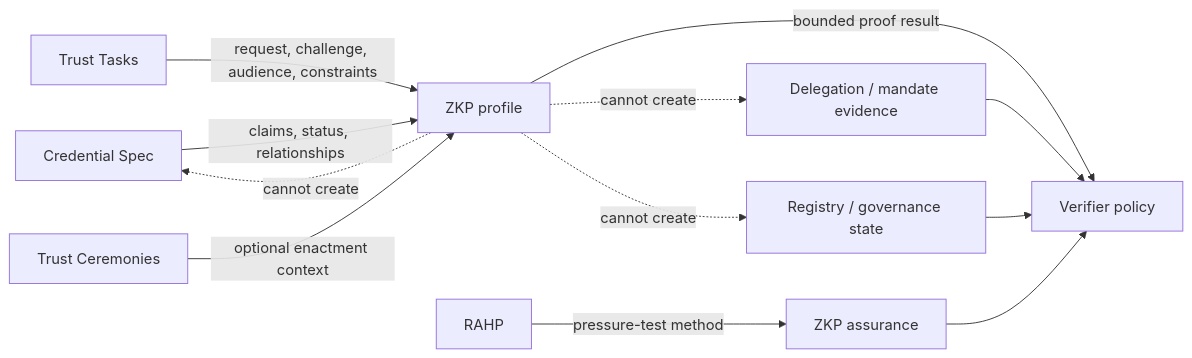
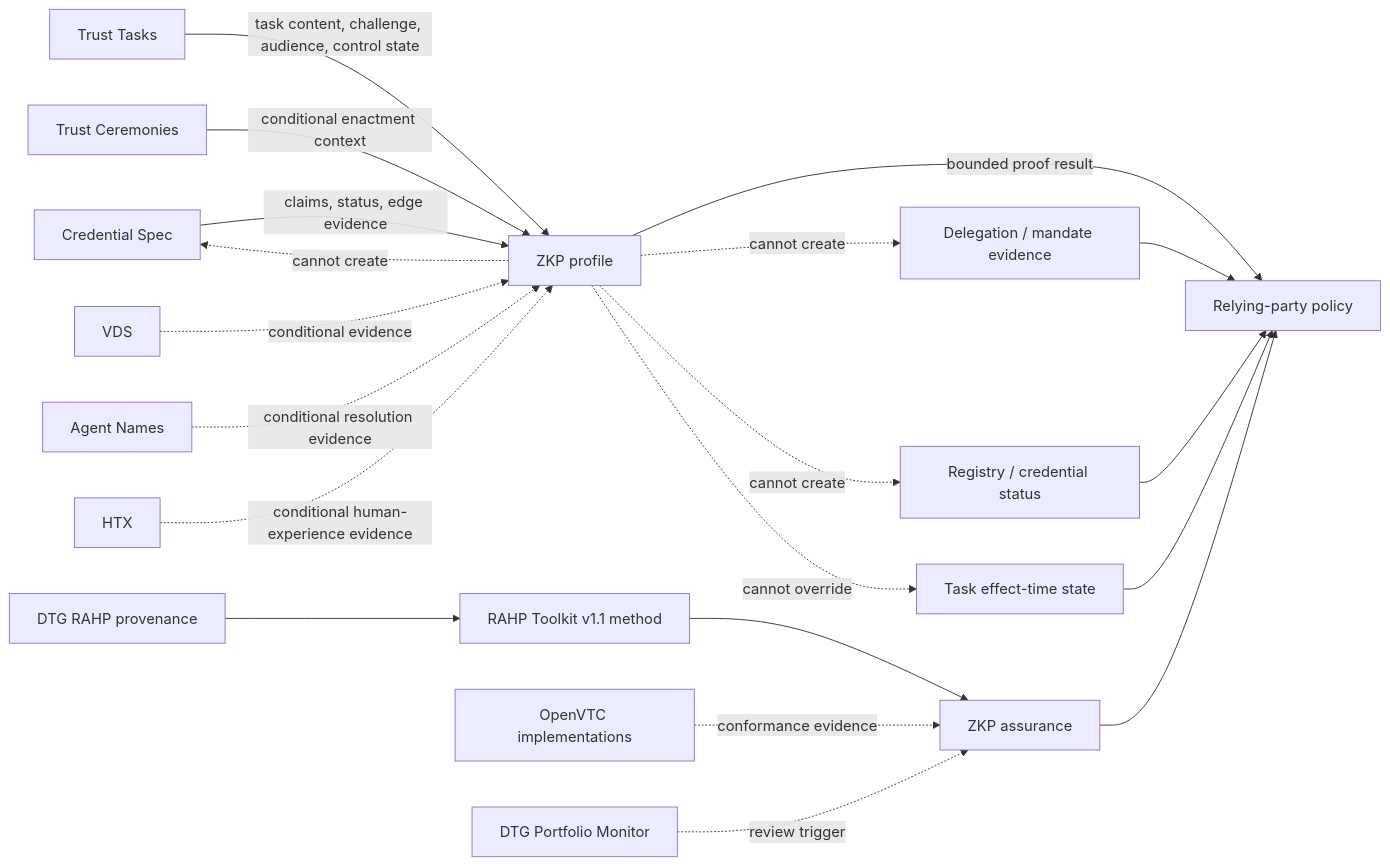
One commit to sankarshanmukhopadhyay/dtgwg-zkp-tf changed the diagram in docs/implementation-guide/diagrams/D-030-dtg-zkp-dependency-map.md. Above: the diagram before and after it, drawn with Mermaid. The commit also changed other lines of this file and 33 other files, not shown here.

First line of the commit message:
docs(interoperability): refresh DTG cross-specification assurance

````diff
--- a/docs/implementation-guide/diagrams/D-030-dtg-zkp-dependency-map.md
+++ b/docs/implementation-guide/diagrams/D-030-dtg-zkp-dependency-map.md
@@ -9,14 +9,27 @@
 ```mermaid
 flowchart LR
-  C[Credential Spec] -->|claims, status, relationships| Z[ZKP profile]
-  T[Trust Tasks] -->|request, challenge, audience, constraints| Z
-  TC[Trust Ceremonies] -->|optional enactment context| Z
-  R[RAHP] -->|pressure-test method| A[ZKP assurance]
-  Z -->|bounded proof result| V[Verifier policy]
-  RG[Registry / governance state] --> V
-  D[Delegation / mandate evidence] --> V
-  A --> V
+  C[Credential Spec] -->|claims, status, edge evidence| Z[ZKP profile]
+  T[Trust Tasks] -->|task content, challenge, audience, control state| Z
+  TC[Trust Ceremonies] -->|conditional enactment context| Z
+  VDS[VDS] -. conditional evidence .-> Z
+  AN[Agent Names] -. conditional resolution evidence .-> Z
+  HTX[HTX] -. conditional human-experience evidence .-> Z
+
+  RH[DTG RAHP provenance] --> RM[RAHP Toolkit v1.1 method]
+  RM --> A[ZKP assurance]
+
+  Z -->|bounded proof result| RP[Relying-party policy]
+  TS[Task effect-time state] --> RP
+  RG[Registry / credential status] --> RP
+  D[Delegation / mandate evidence] --> RP
+  A --> RP
+
+  O[OpenVTC implementations] -. conformance evidence .-> A
+
+  PM[DTG Portfolio Monitor] -. review trigger .-> A
+
   Z -. cannot create .-> C
   Z -. cannot create .-> D
   Z -. cannot create .-> RG
+  Z -. cannot override .-> TS
 ```
````
